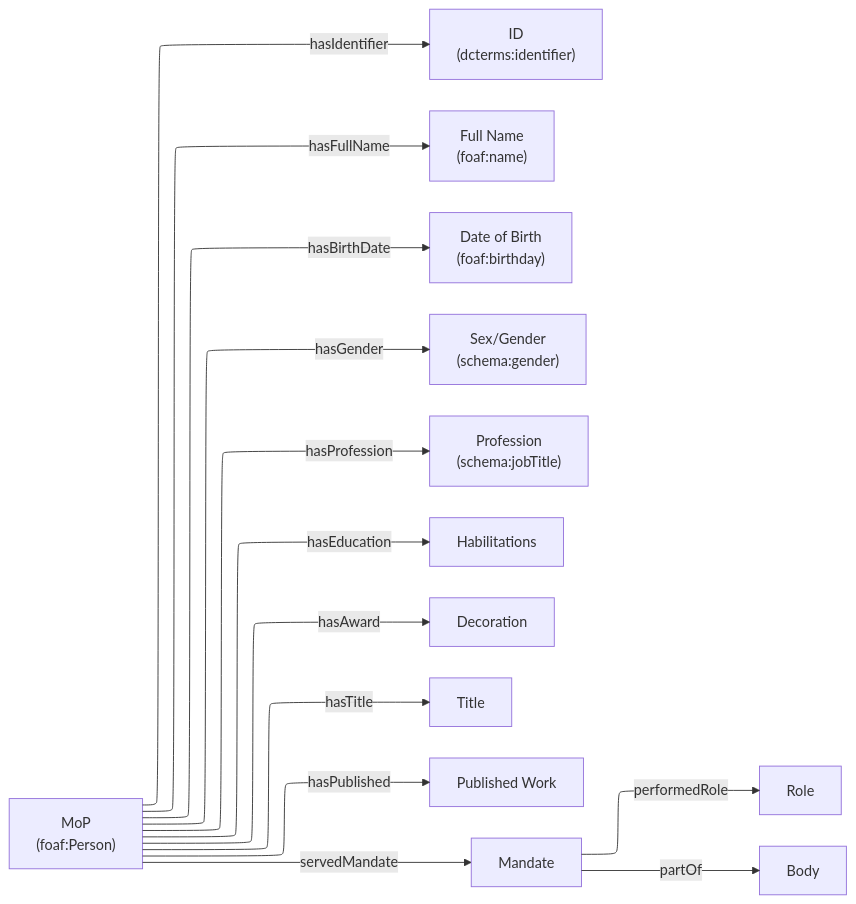
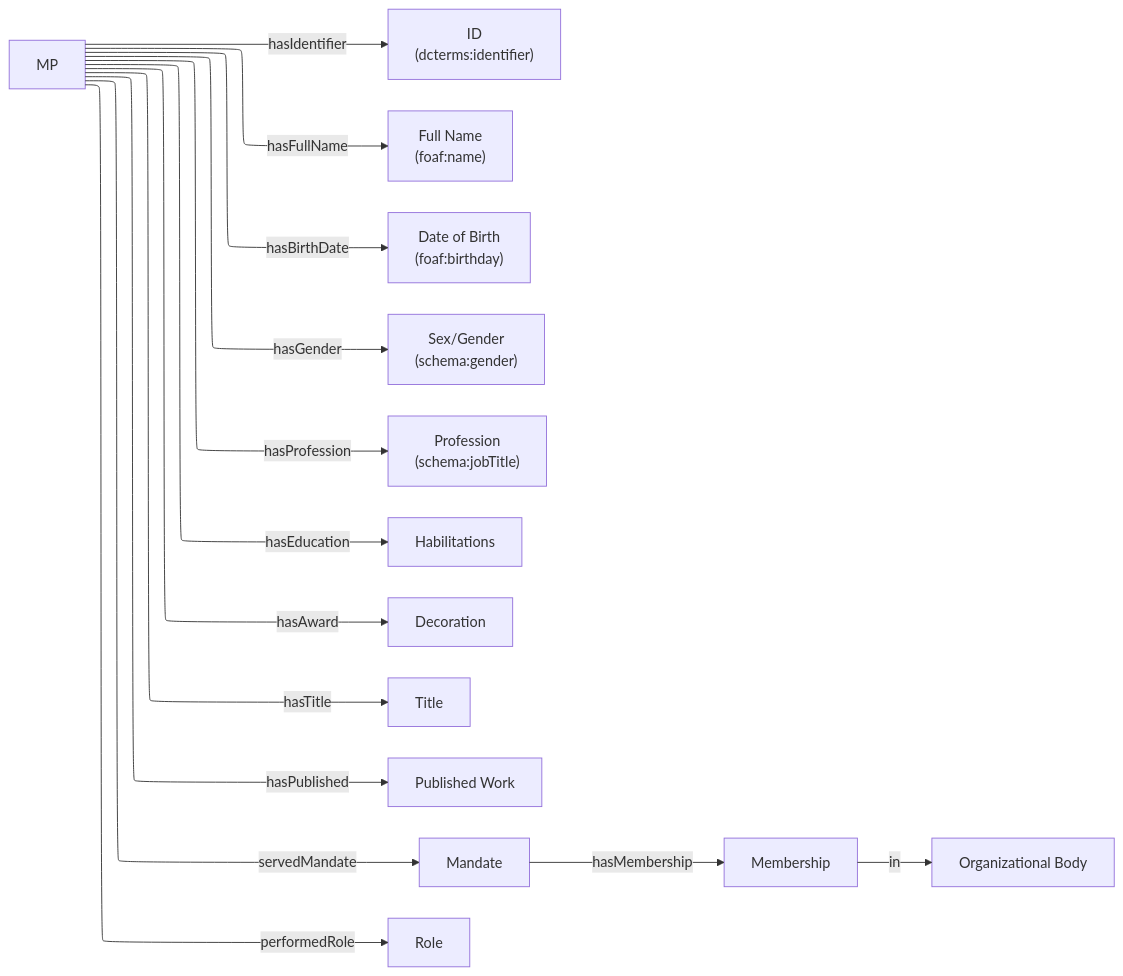
One commit to Kaankzlyar/orwell-generalized changed the diagram in docs/registobiografico/diagrams/mop.mermaid. Above: the diagram before and after it, drawn with Mermaid.

Commit message:
add membership to body

```diff
--- a/docs/registobiografico/diagrams/mop.mermaid
+++ b/docs/registobiografico/diagrams/mop.mermaid
@@ -1,17 +1,18 @@
 ---
 config:
   layout: elk
 ---
 flowchart LR
-    Person["MoP<br>(foaf:Person)"] -- hasIdentifier --> pid["ID<br>(dcterms:identifier)"]
+    Person["MP"] -- hasIdentifier --> pid["ID<br>(dcterms:identifier)"]
     Person -- hasFullName --> name["Full Name<br>(foaf:name)"]
     Person -- hasBirthDate --> dob["Date of Birth<br>(foaf:birthday)"]
     Person -- hasGender --> gender["Sex/Gender<br>(schema:gender)"]
     Person -- hasProfession --> prof["Profession<br/>(schema:jobTitle)"]
     Person -- hasEducation --> Edu["Habilitations"]
     Person -- hasAward --> Award["Decoration"]
     Person -- hasTitle --> Title["Title"]
     Person -- hasPublished --> Work["Published Work"]
     Person -- servedMandate --> Mandate["Mandate"]
-    Mandate -- performedRole --> Role["Role"]
-    Mandate -- partOf --> Body["Body"]
+    Person -- performedRole --> Role["Role"]
+    Mandate -- hasMembership --> Mem["Membership"]
+    Mem -- in --> Body["Organizational Body"]
```
